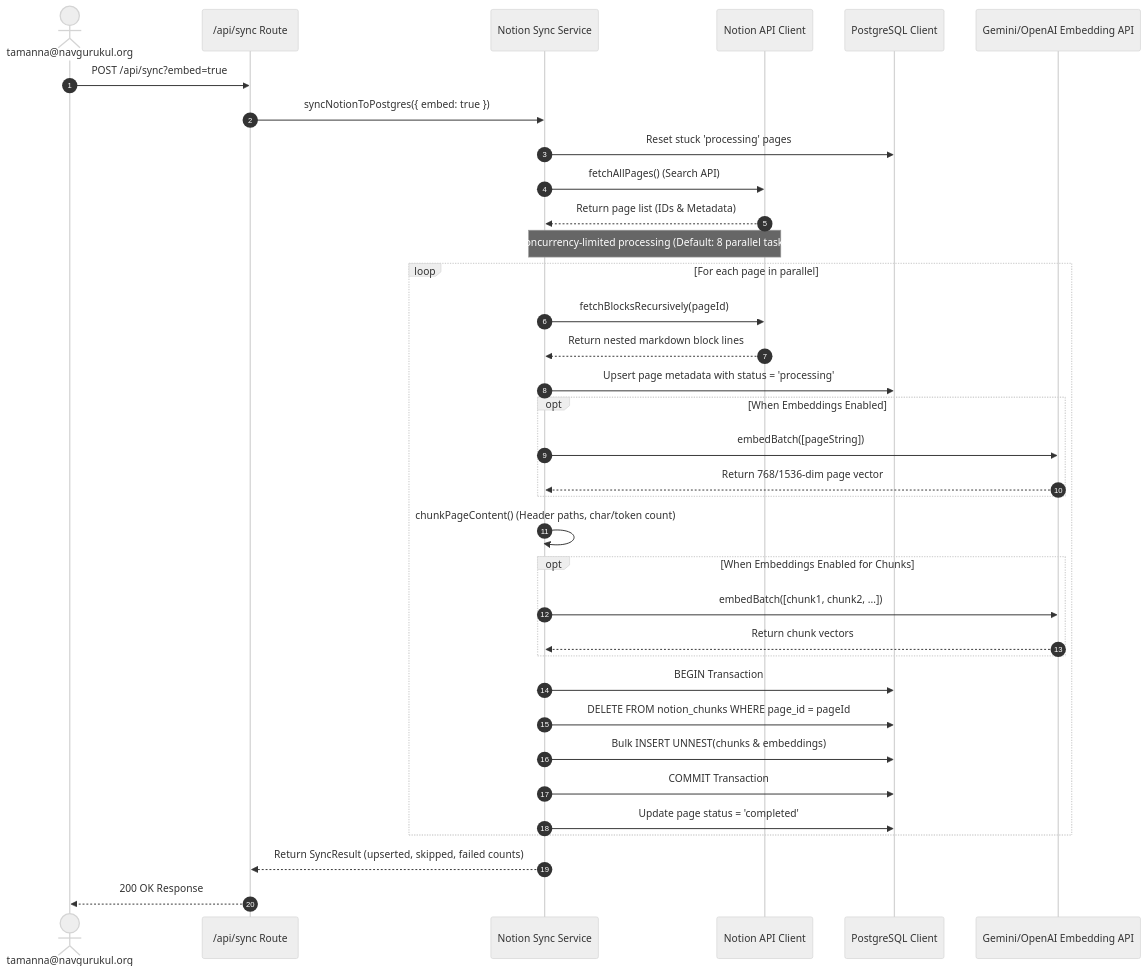
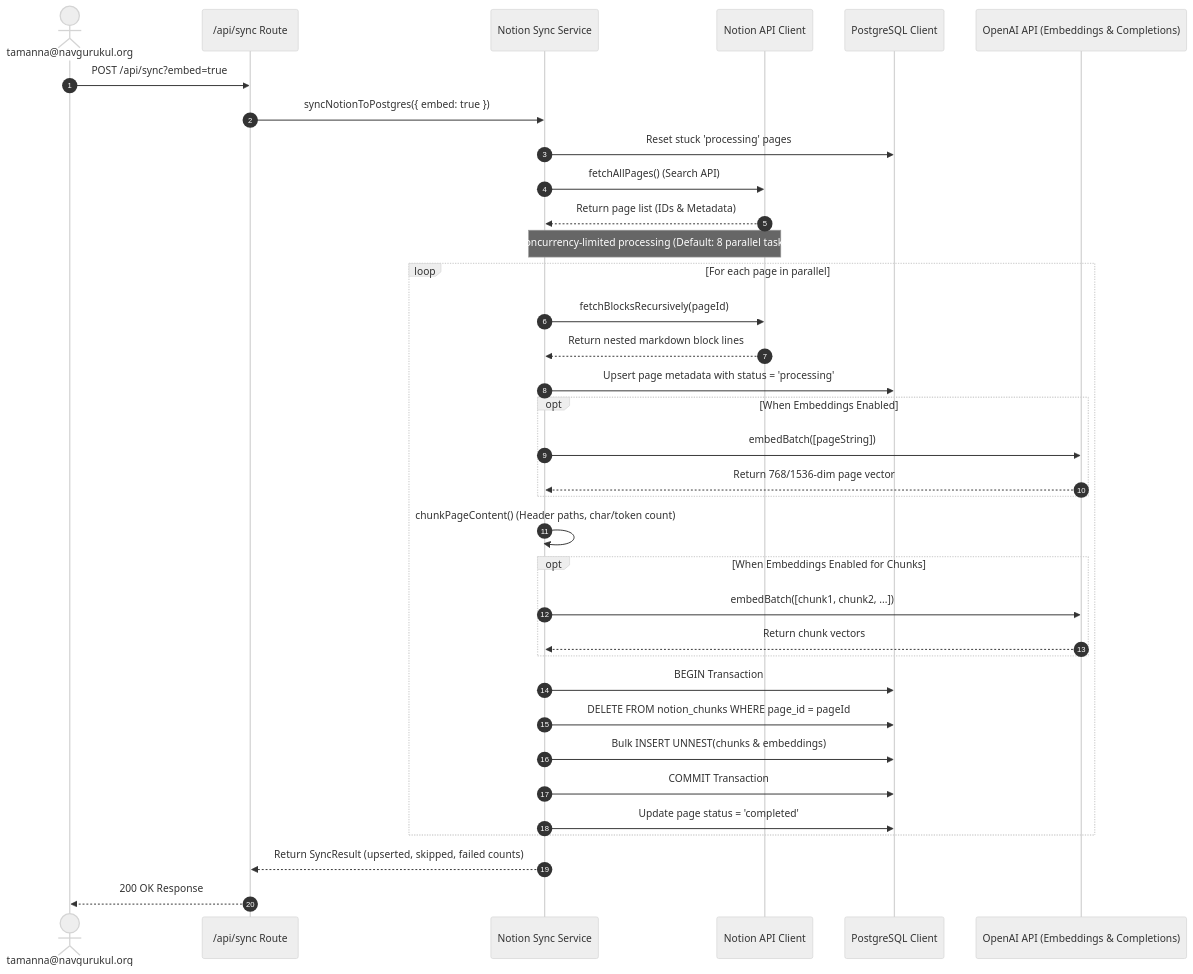
The second of 3 diagrams in SOFTWARE_DESIGN_DIAGRAMS.md (navgurukul/notion-chat-app), drawn with Mermaid (neutral theme) before and after one commit. The commit also changed other lines of this file and 32 other files, not shown here.

````diff
--- a/SOFTWARE_DESIGN_DIAGRAMS.md
+++ b/SOFTWARE_DESIGN_DIAGRAMS.md
@@ -87,45 +87,45 @@
 ```mermaid
 sequenceDiagram
     autonumber
     actor Admin as tamanna@navgurukul.org
     participant API as /api/sync Route
     participant Sync as Notion Sync Service
     participant Notion as Notion API Client
     participant DB as PostgreSQL Client
-    participant AI as Gemini/OpenAI Embedding API
+    participant AI as OpenAI API (Embeddings & Completions)
 
     Admin->>API: POST /api/sync?embed=true
     API->>Sync: syncNotionToPostgres({ embed: true })
     Sync->>DB: Reset stuck 'processing' pages
     Sync->>Notion: fetchAllPages() (Search API)
     Notion-->>Sync: Return page list (IDs & Metadata)
     
     Note over Sync, Notion: Concurrency-limited processing (Default: 8 parallel tasks)
     
     loop For each page in parallel
         Sync->>Notion: fetchBlocksRecursively(pageId)
         Notion-->>Sync: Return nested markdown block lines
         Sync->>DB: Upsert page metadata with status = 'processing'
         
         opt When Embeddings Enabled
             Sync->>AI: embedBatch([pageString])
             AI-->>Sync: Return 768/1536-dim page vector
         end
         
         Sync->>Sync: chunkPageContent() (Header paths, char/token count)
         
         opt When Embeddings Enabled for Chunks
             Sync->>AI: embedBatch([chunk1, chunk2, ...])
             AI-->>Sync: Return chunk vectors
         end
 
         Sync->>DB: BEGIN Transaction
         Sync->>DB: DELETE FROM notion_chunks WHERE page_id = pageId
         Sync->>DB: Bulk INSERT UNNEST(chunks & embeddings)
         Sync->>DB: COMMIT Transaction
         Sync->>DB: Update page status = 'completed'
     end
 
     Sync-->>API: Return SyncResult (upserted, skipped, failed counts)
     API-->>Admin: 200 OK Response
 ```
````
